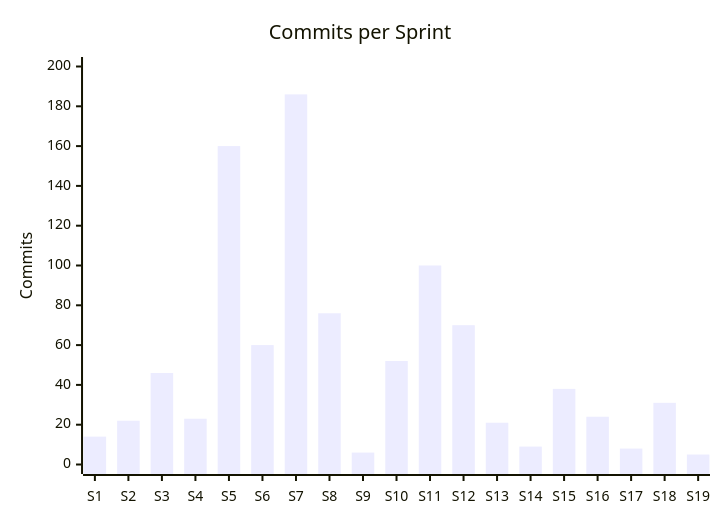
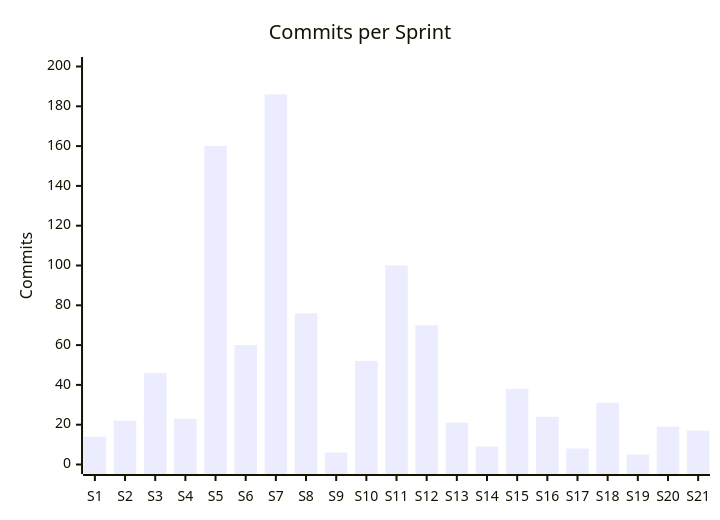
Before and after one commit to BenoitGoethals/WarriorFit: the fifth of 5 diagrams in documentation/sprint_analysis.md, drawn with Mermaid. The commit also changed other lines of this file, not shown here.

````diff
--- a/documentation/sprint_analysis.md
+++ b/documentation/sprint_analysis.md
@@ -194,7 +209,7 @@
 ```mermaid
 xychart-beta
     title "Commits per Sprint"
-    x-axis ["S1", "S2", "S3", "S4", "S5", "S6", "S7", "S8", "S9", "S10", "S11", "S12", "S13", "S14", "S15", "S16", "S17", "S18", "S19"]
+    x-axis ["S1", "S2", "S3", "S4", "S5", "S6", "S7", "S8", "S9", "S10", "S11", "S12", "S13", "S14", "S15", "S16", "S17", "S18", "S19", "S20", "S21"]
     y-axis "Commits" 0 --> 200
-    bar [14, 22, 46, 23, 160, 60, 186, 76, 6, 52, 100, 70, 21, 9, 38, 24, 8, 31, 5]
+    bar [14, 22, 46, 23, 160, 60, 186, 76, 6, 52, 100, 70, 21, 9, 38, 24, 8, 31, 5, 19, 17]
 ```
````
